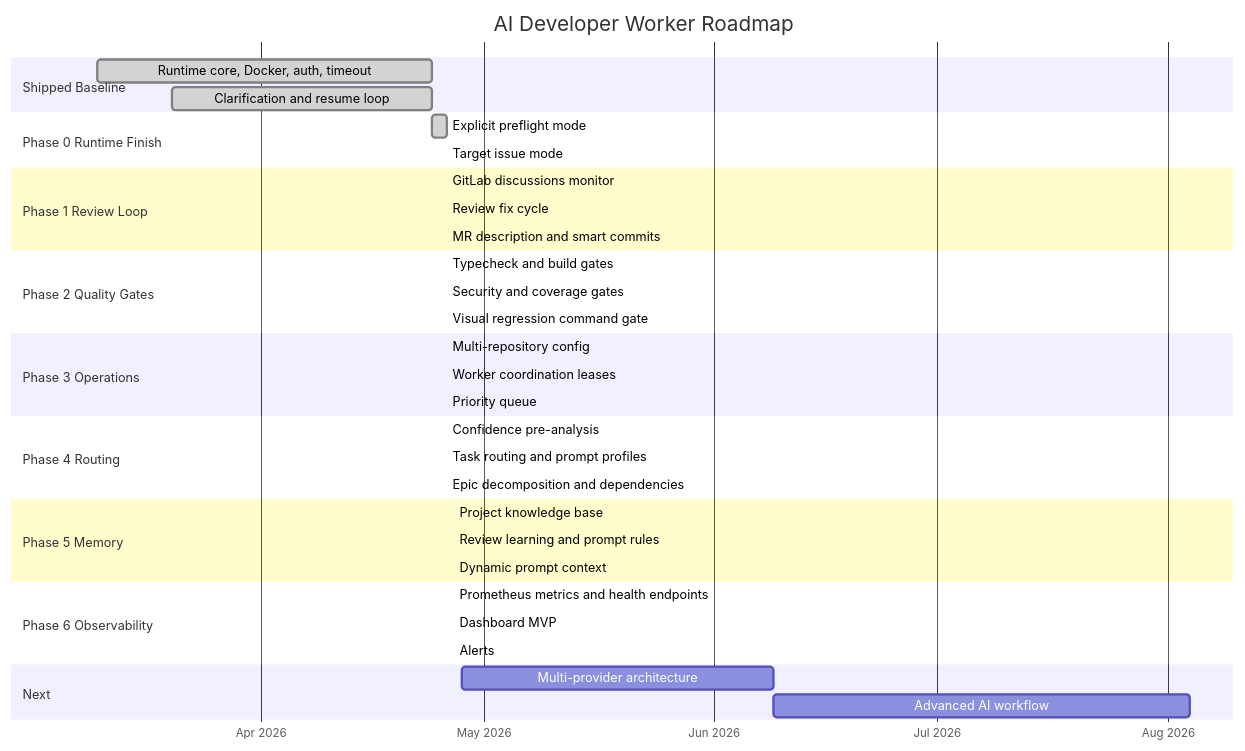
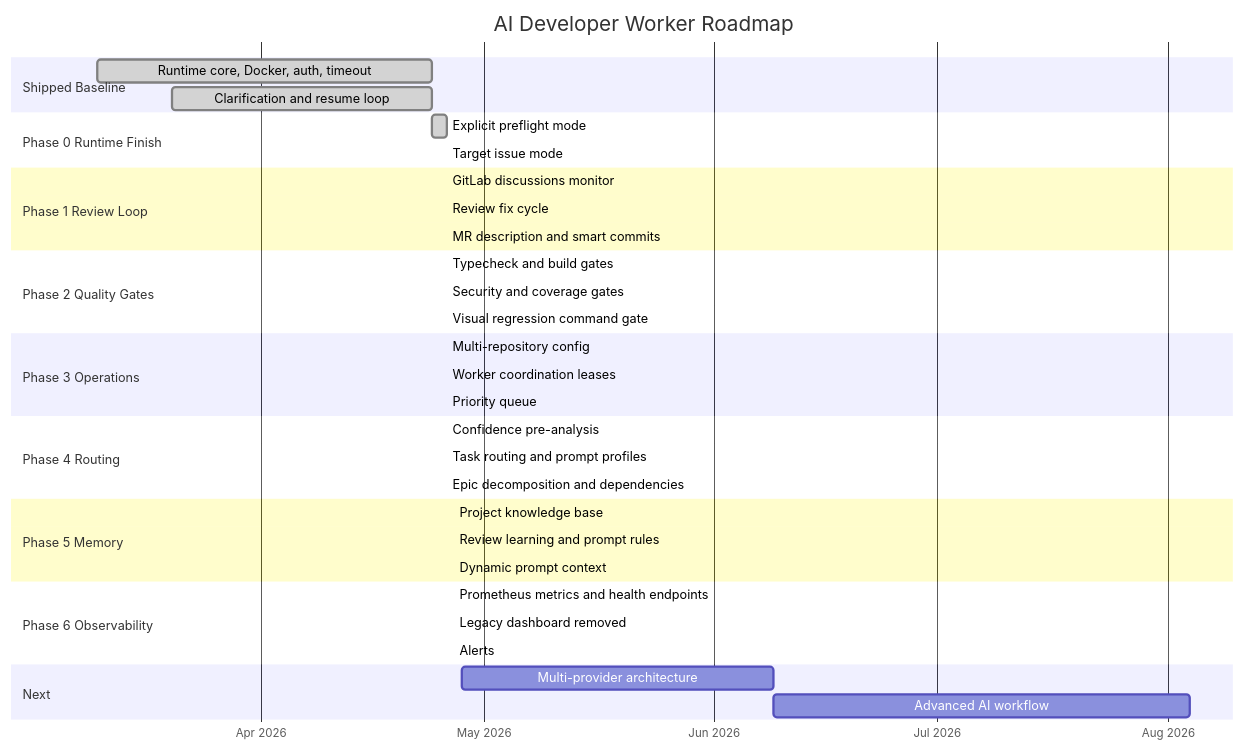
The diagram in product_roadmap.md (Absens/AI-Developer-Worker), drawn with Mermaid before and after one commit. The commit also changed other lines of this file and 19 other files, not shown here.

````diff
--- a/product_roadmap.md
+++ b/product_roadmap.md
@@ -478,48 +472,48 @@
 ```mermaid
 gantt
     title AI Developer Worker Roadmap
     dateFormat YYYY-MM-DD
     axisFormat %b %Y
 
     section Shipped Baseline
     Runtime core, Docker, auth, timeout       :done, p0a, 2026-03-10, 2026-04-24
     Clarification and resume loop             :done, p0b, 2026-03-20, 2026-04-24
 
     section Phase 0 Runtime Finish
     Explicit preflight mode                   :done, p0c, 2026-04-24, 2026-04-26
     Target issue mode                         :done, p0d, 2026-04-26, 2026-04-26
 
     section Phase 1 Review Loop
     GitLab discussions monitor                :done, p1a, 2026-04-26, 2026-04-26
     Review fix cycle                          :done, p1b, 2026-04-26, 2026-04-26
     MR description and smart commits          :done, p1c, 2026-04-26, 2026-04-26
 
     section Phase 2 Quality Gates
     Typecheck and build gates                 :done, p2a, 2026-04-26, 2026-04-26
     Security and coverage gates               :done, p2b, 2026-04-26, 2026-04-26
     Visual regression command gate            :done, p2c, 2026-04-26, 2026-04-26
 
     section Phase 3 Operations
     Multi-repository config                   :done, p3a, 2026-04-26, 2026-04-26
     Worker coordination leases                :done, p3b, 2026-04-26, 2026-04-26
     Priority queue                            :done, p3c, 2026-04-26, 2026-04-26
 
     section Phase 4 Routing
     Confidence pre-analysis                   :done, p4a, 2026-04-26, 2026-04-26
     Task routing and prompt profiles          :done, p4b, 2026-04-26, 2026-04-26
     Epic decomposition and dependencies       :done, p4c, 2026-04-26, 2026-04-26
 
     section Phase 5 Memory
     Project knowledge base                    :done, p5a, 2026-04-27, 2026-04-27
     Review learning and prompt rules          :done, p5b, 2026-04-27, 2026-04-27
     Dynamic prompt context                    :done, p5c, 2026-04-27, 2026-04-27
 
     section Phase 6 Observability
     Prometheus metrics and health endpoints   :done, p6a, 2026-04-27, 2026-04-27
-    Dashboard MVP                             :done, p6b, 2026-04-27, 2026-04-27
+    Legacy dashboard removed                  :done, p6b, 2026-04-27, 2026-04-27
     Alerts                                    :done, p6c, 2026-04-27, 2026-04-27
 
     section Next
     Multi-provider architecture               :p7a, 2026-04-28, 6w
     Advanced AI workflow                      :p8a, after p7a, 8w
 ```
````
